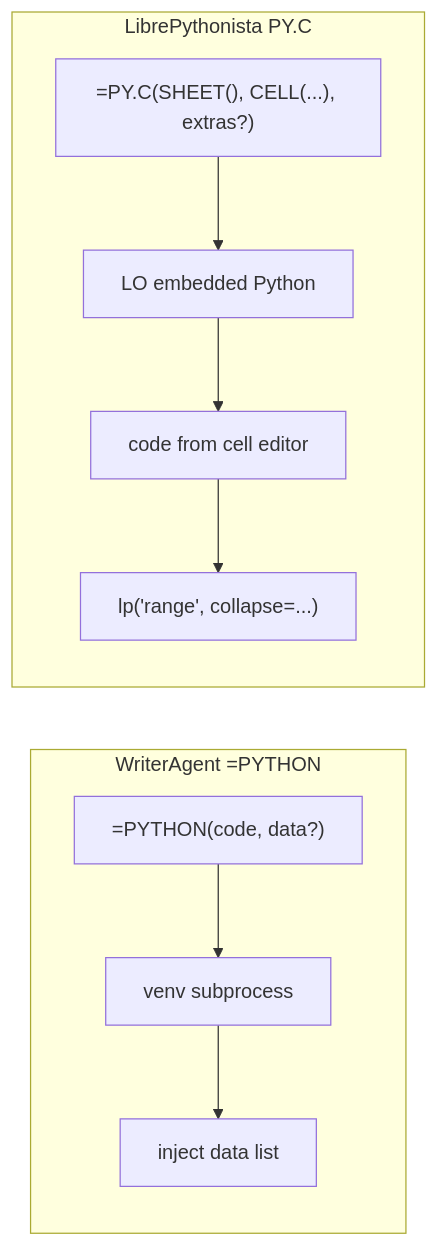
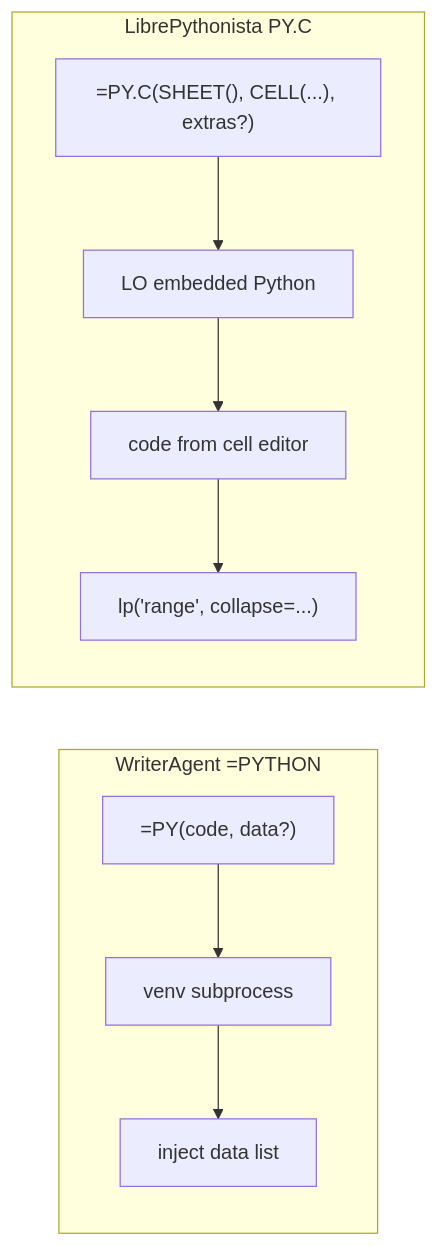
Before and after one commit to KeithCu/writeragent: the diagram in docs/enabling_numpy_in_libreoffice.md, drawn with Mermaid. The commit also changed other lines of this file and 13 other files, not shown here.

````diff
--- a/docs/enabling_numpy_in_libreoffice.md
+++ b/docs/enabling_numpy_in_libreoffice.md
@@ -632,14 +630,14 @@
 ```mermaid
 flowchart LR
   subgraph writeragent [WriterAgent =PYTHON]
-    F1["=PYTHON(code, data?)"]
+    F1["=PY(code, data?)"]
     F1 --> Venv["venv subprocess"]
     Venv --> Inject["inject data list"]
   end
   subgraph librepy [LibrePythonista PY.C]
     F2["=PY.C(SHEET(), CELL(...), extras?)"]
     F2 --> LO["LO embedded Python"]
     LO --> Editor["code from cell editor"]
     Editor --> LP["lp('range', collapse=...)"]
   end
 ```
````
